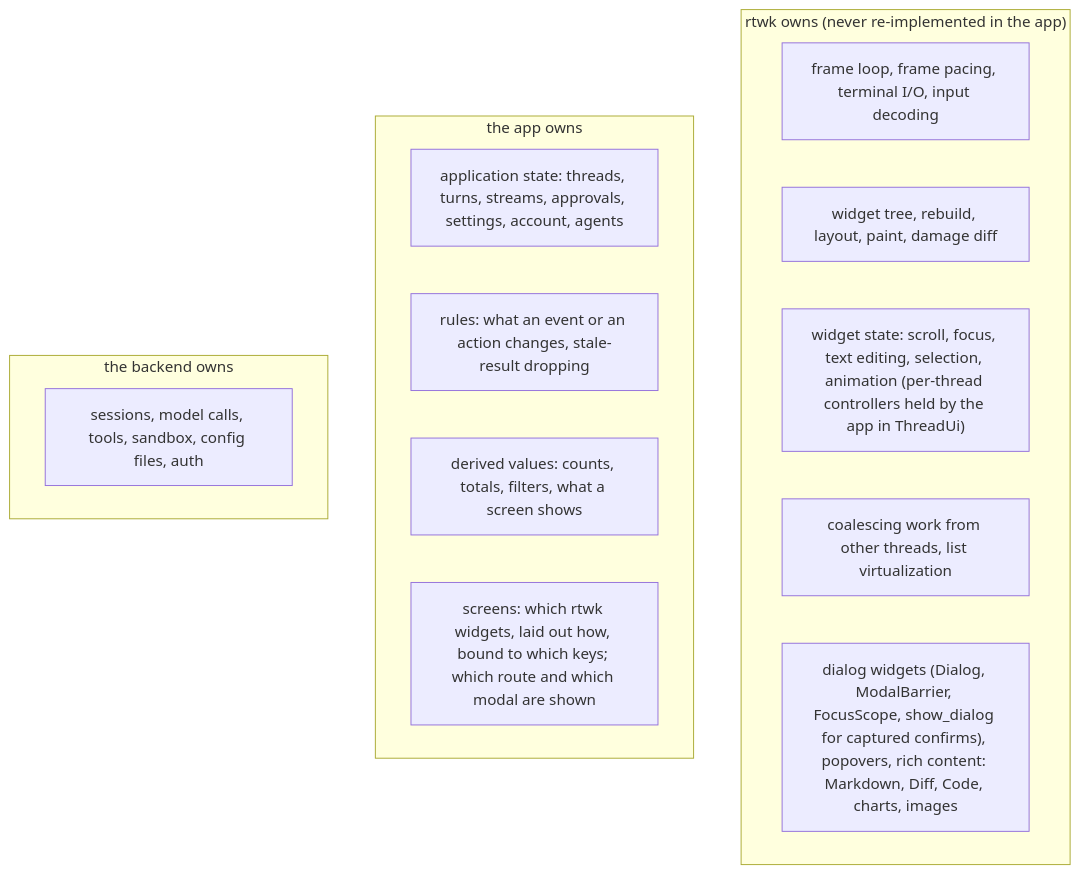
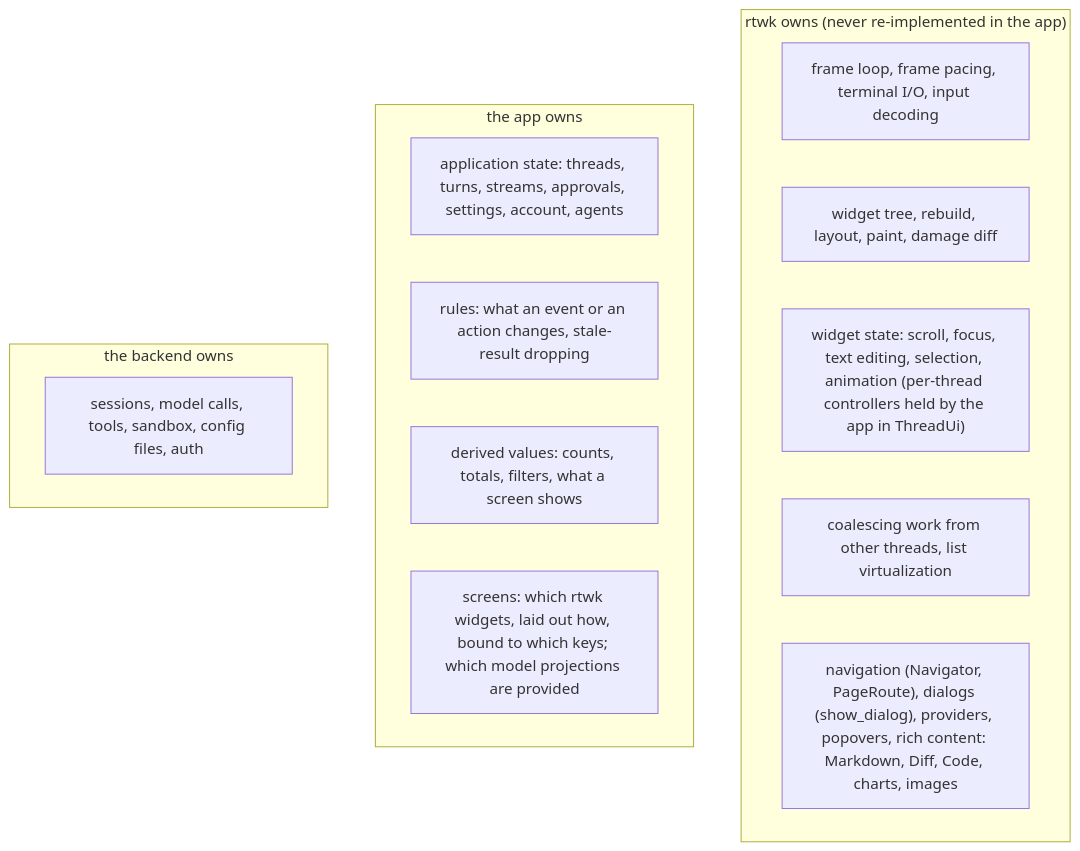
The second of 11 diagrams in docs/rtwk-port/design.md (Maryarty/CodexCLI), drawn with Mermaid before and after one commit. The commit also changed other lines of this file and 4 other files, not shown here.

First line of the commit message:
arch-review: navigation and dialogs as in twk (the person's decision)

````diff
--- a/docs/rtwk-port/design.md
+++ b/docs/rtwk-port/design.md
@@ -41,19 +42,19 @@
 ```mermaid
 flowchart TB
   subgraph R["rtwk owns (never re-implemented in the app)"]
     r1["frame loop, frame pacing, terminal I/O, input decoding"]
     r2["widget tree, rebuild, layout, paint, damage diff"]
     r3["widget state: scroll, focus, text editing, selection, animation (per-thread controllers held by the app in ThreadUi)"]
     r4["coalescing work from other threads, list virtualization"]
-    r5["dialog widgets (Dialog, ModalBarrier, FocusScope, show_dialog for captured confirms), popovers, rich content: Markdown, Diff, Code, charts, images"]
+    r5["navigation (Navigator, PageRoute), dialogs (show_dialog), providers, popovers, rich content: Markdown, Diff, Code, charts, images"]
   end
   subgraph A["the app owns"]
     a1["application state: threads, turns, streams, approvals, settings, account, agents"]
     a2["rules: what an event or an action changes, stale-result dropping"]
     a3["derived values: counts, totals, filters, what a screen shows"]
-    a4["screens: which rtwk widgets, laid out how, bound to which keys; which route and which modal are shown"]
+    a4["screens: which rtwk widgets, laid out how, bound to which keys; which model projections are provided"]
   end
   subgraph B["the backend owns"]
     b1["sessions, model calls, tools, sandbox, config files, auth"]
   end
 ```
````
